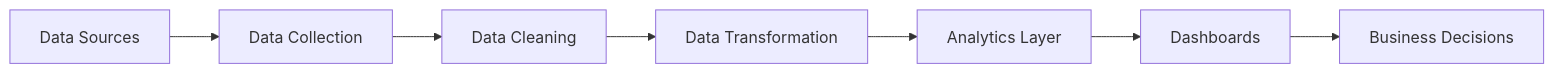
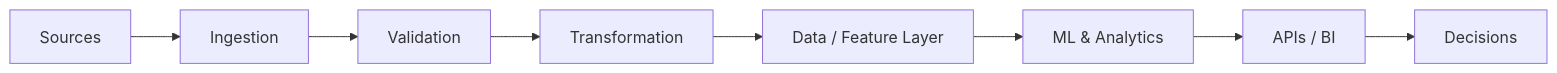
One commit to Nikita3005/Nikita3005 changed the diagram in README.md. Above: the diagram before and after it, drawn with Mermaid. The commit also changed other lines of this file, not shown here.

````diff
--- a/README.md
+++ b/README.md
@@ -73,16 +229,10 @@
 ```mermaid
 flowchart LR
-
-A[Data Sources]
---> B[Data Collection]
-
-B --> C[Data Cleaning]
-
-C --> D[Data Transformation]
-
-D --> E[Analytics Layer]
-
-E --> F[Dashboards]
-
-F --> G[Business Decisions]
+    A["Sources"] --> B["Ingestion"]
+    B --> C["Validation"]
+    C --> D["Transformation"]
+    D --> E["Data / Feature Layer"]
+    E --> F["ML & Analytics"]
+    F --> G["APIs / BI"]
+    G --> H["Decisions"]
 ```
````
